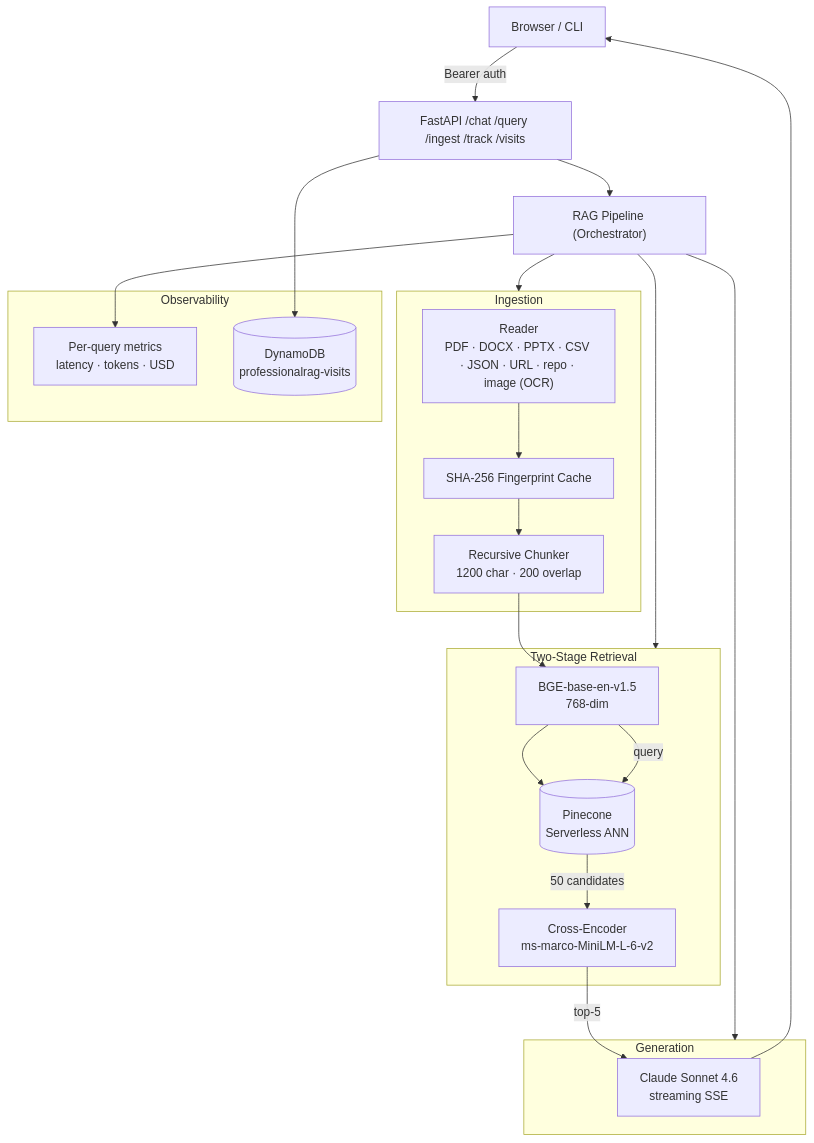
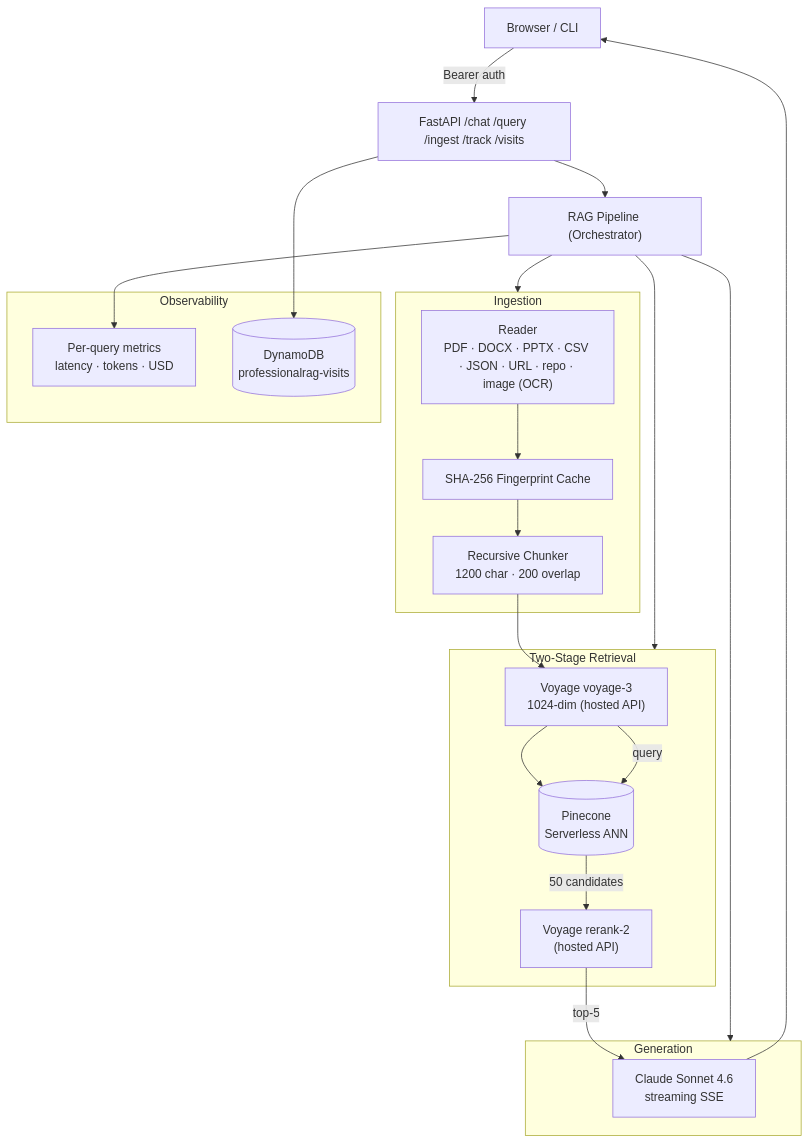
One commit to Vikhyat-Chauhan/ProfessionalRAG changed the diagram in README.md. Above: the diagram before and after it, drawn with Mermaid. The commit also changed other lines of this file and 25 other files, not shown here.

````diff
--- a/README.md
+++ b/README.md
@@ -20,35 +20,35 @@
 ```mermaid
 flowchart TB
     Client["Browser / CLI"] -->|Bearer auth| API["FastAPI /chat /query /ingest /track /visits"]
     API --> Pipeline["RAG Pipeline (Orchestrator)"]
 
     subgraph Ingest [Ingestion]
         Reader["Reader<br/>PDF · DOCX · PPTX · CSV · JSON · URL · repo · image (OCR)"]
         Chunker["Recursive Chunker<br/>1200 char · 200 overlap"]
         Fingerprint["SHA-256 Fingerprint Cache"]
     end
 
     subgraph Retrieve [Two-Stage Retrieval]
-        Embedder["BGE-base-en-v1.5<br/>768-dim"]
+        Embedder["Voyage voyage-3<br/>1024-dim (hosted API)"]
         Store[("Pinecone<br/>Serverless ANN")]
-        Reranker["Cross-Encoder<br/>ms-marco-MiniLM-L-6-v2"]
+        Reranker["Voyage rerank-2<br/>(hosted API)"]
     end
 
     subgraph Gen [Generation]
         LLM["Claude Sonnet 4.6<br/>streaming SSE"]
     end
 
     subgraph Obs [Observability]
         Metrics["Per-query metrics<br/>latency · tokens · USD"]
         Visits[("DynamoDB<br/>professionalrag-visits")]
     end
 
     Pipeline --> Ingest
     Pipeline --> Retrieve
     Pipeline --> Gen
     API --> Visits
     Pipeline --> Metrics
 
     Reader --> Fingerprint --> Chunker --> Embedder --> Store
     Embedder -->|query| Store -->|50 candidates| Reranker -->|top-5| LLM --> Client
 ```
````
